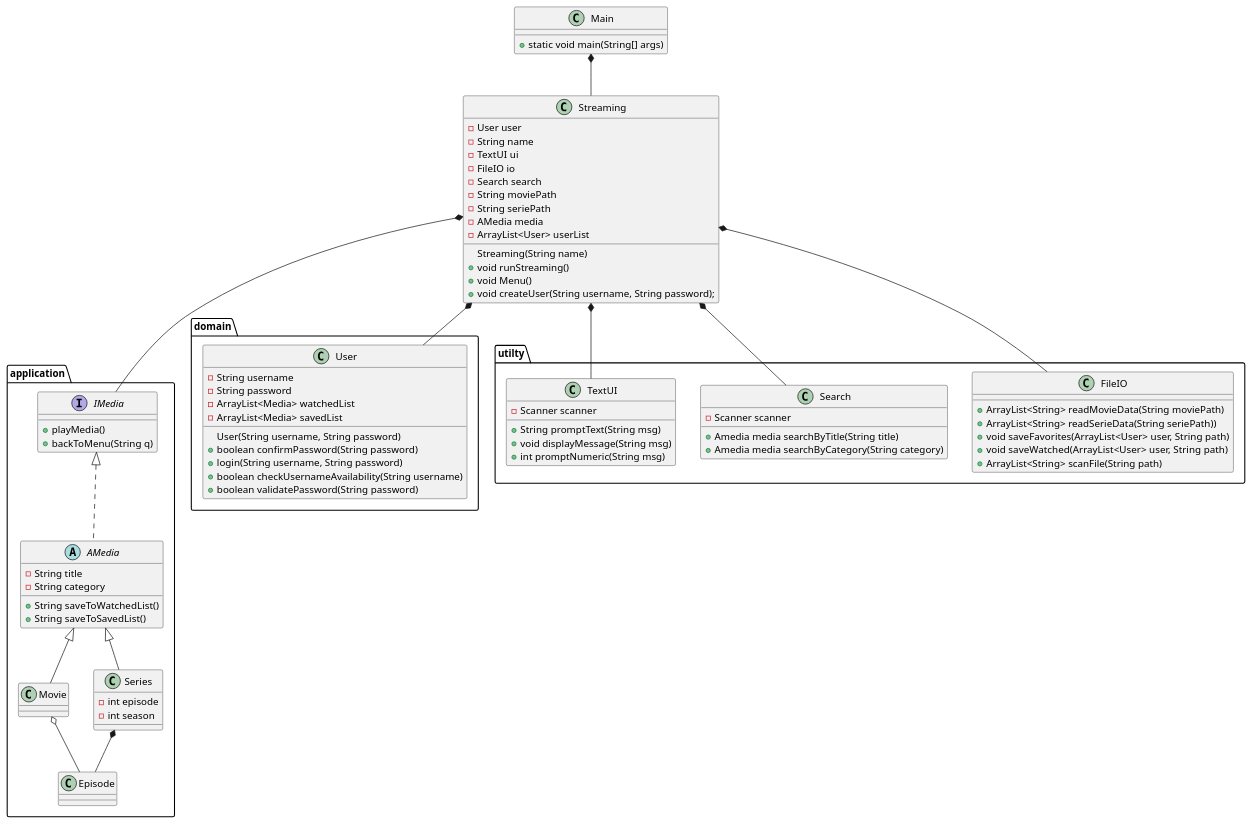
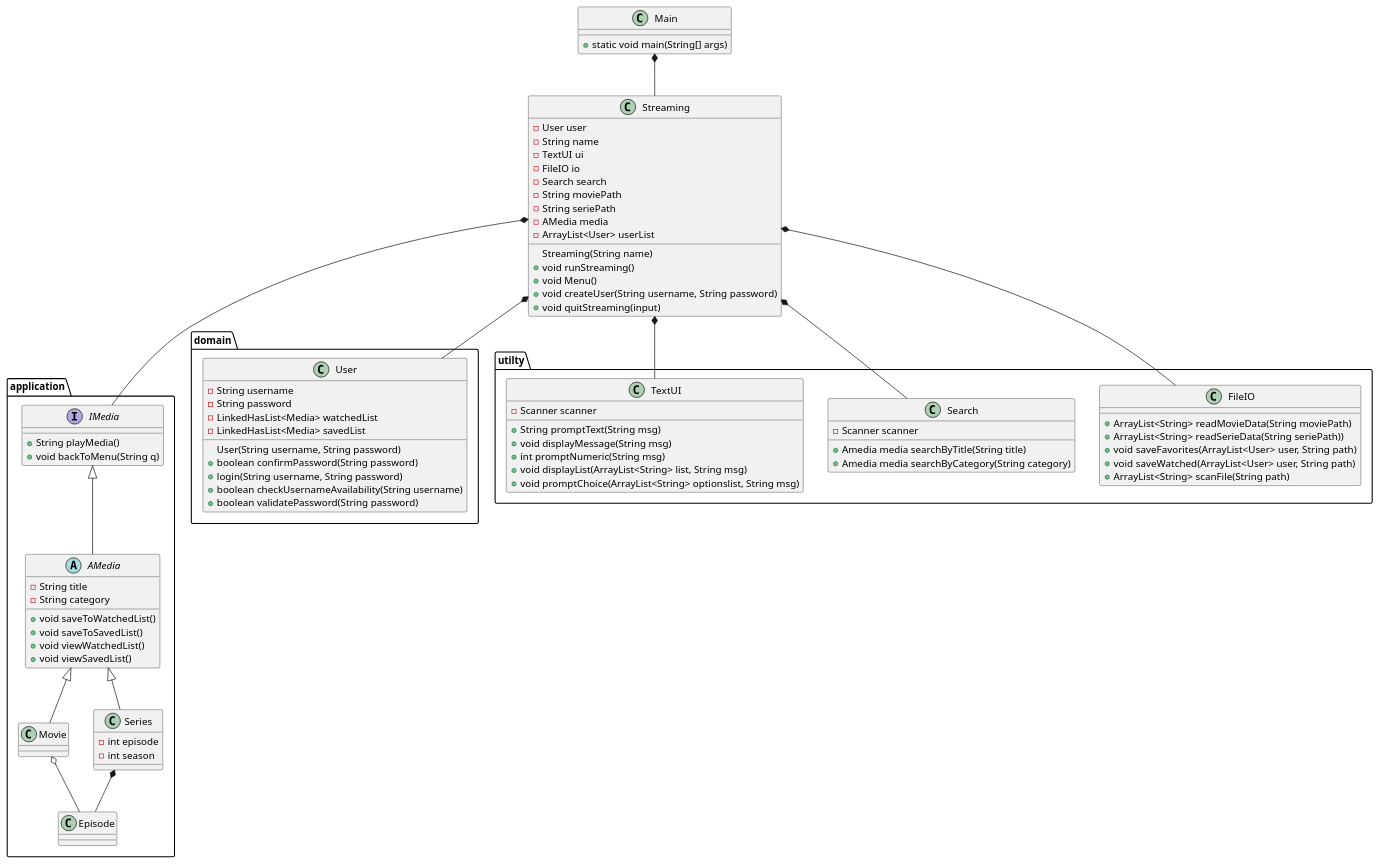
One commit to mrPrimeBeef/Sem1-Project-MovieStream changed the diagram in Doc/Static/ClassDiagramv1.puml. Above: the diagram before and after it, drawn with PlantUML. The commit also changed other lines of this file and 3 other files, not shown here.

```diff
--- a/Doc/Static/ClassDiagramv1.puml
+++ b/Doc/Static/ClassDiagramv1.puml
@@ -1,100 +1,106 @@
 @startuml
 
 class Main {
 + static void main(String[] args)
 }
 package application{
 interface IMedia {
-+ playMedia()
-+ backToMenu(String q)
++ String playMedia()
++ void backToMenu(String q)
 '+ pauseMedia()
 }
 
 abstract AMedia {
 - String title
 - String category
-+ String saveToWatchedList()
-+ String saveToSavedList()
++ void saveToWatchedList()
++ void saveToSavedList()
++ void viewWatchedList()
++ void viewSavedList()
 }
 
 class Movie {
 
 }
 
 
 class Series {
 - int episode
 - int season
 }
 class Episode{
 
 }
 }
 
 package domain{
 class User {
 - String username
 - String password
-- ArrayList<Media> watchedList
-- ArrayList<Media> savedList
+- LinkedHasList<Media> watchedList
+- LinkedHasList<Media> savedList
 User(String username, String password)
 + boolean confirmPassword(String password)
 + login(String username, String password)
 + boolean checkUsernameAvailability(String username)
 + boolean validatePassword(String password)
 }
 }
 
 class Streaming {
 - User user
 - String name
 - TextUI ui
 - FileIO io
 - Search search
 - String moviePath
 - String seriePath
 - AMedia media
 - ArrayList<User> userList
 Streaming(String name)
 + void runStreaming()
 + void Menu()
-+ void createUser(String username, String password);
++ void createUser(String username, String password)
++ void quitStreaming(input)
 }
 
 
 package utilty{
 class FileIO {
 + ArrayList<String> readMovieData(String moviePath)
 + ArrayList<String> readSerieData(String seriePath))
 + void saveFavorites(ArrayList<User> user, String path)
 + void saveWatched(ArrayList<User> user, String path)
 + ArrayList<String> scanFile(String path)
 }
 
 class Search {
 - Scanner scanner
 + Amedia media searchByTitle(String title)
 + Amedia media searchByCategory(String category)
+
 }
 class TextUI {
 - Scanner scanner
 + String promptText(String msg)
 + void displayMessage(String msg)
 + int promptNumeric(String msg)
++ void displayList(ArrayList<String> list, String msg)
++ void promptChoice(ArrayList<String> optionslist, String msg)
 }
 }
 
 
 Main *-- Streaming
 Streaming *-- IMedia
 Streaming *-- User
 Streaming *-- Search
 Streaming *-- TextUI
-IMedia <|.. AMedia
+IMedia <|-- AMedia
 Streaming *-- FileIO
 AMedia <|-- Movie
 AMedia  <|-- Series
 Series *-- Episode
 Movie o-- Episode
 
 @enduml
```
